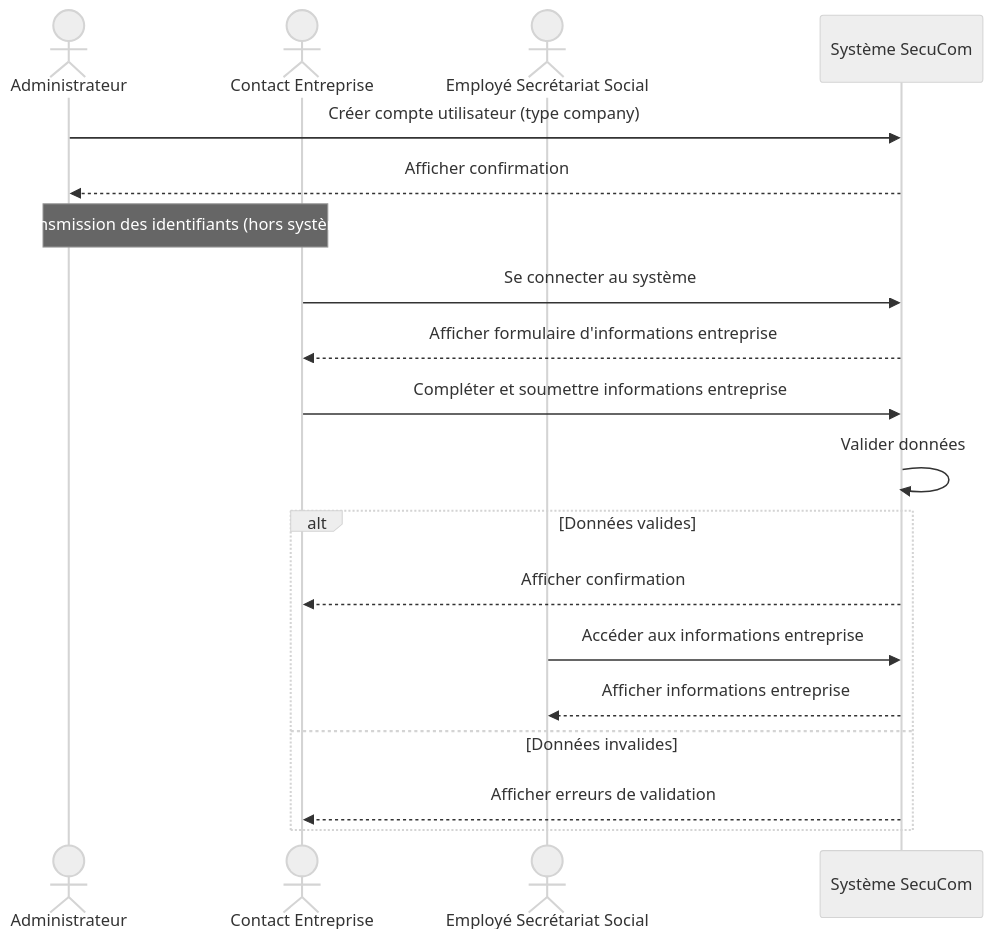
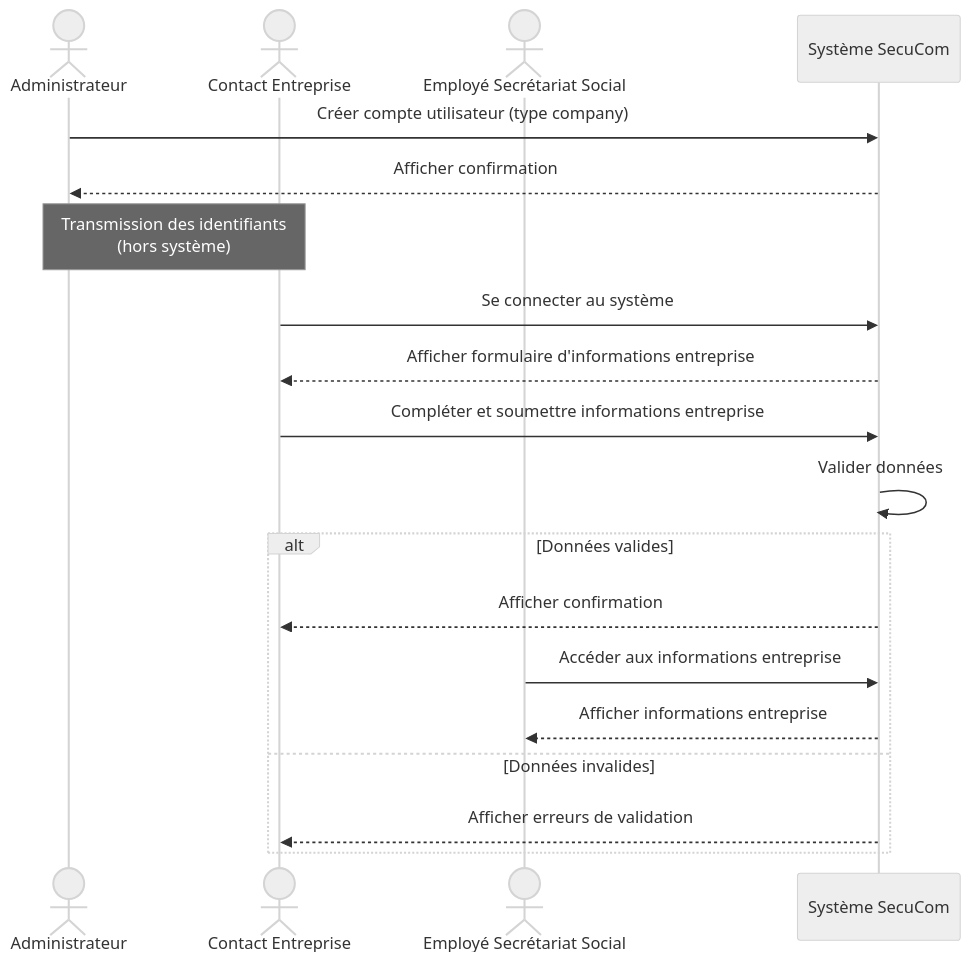
The fourth of 6 diagrams in diagrammes_mermaid.md (Medinhoo/SecuCom_BACKEND), drawn with Mermaid (neutral theme) before and after one commit. The commit also changed 12 other files, not shown here.

````diff
--- a/diagrammes_mermaid.md
+++ b/diagrammes_mermaid.md
@@ -410,25 +410,25 @@
 ```mermaid
 sequenceDiagram
     actor Admin as Administrateur
     actor CC as Contact Entreprise
     actor ESS as Employé Secrétariat Social
     participant Sys as Système SecuCom
     
     Admin->>Sys: Créer compte utilisateur (type company)
     Sys-->>Admin: Afficher confirmation
     
-    Note over Admin,CC: Transmission des identifiants (hors système)
+    Note over Admin,CC: Transmission des identifiants<br/>(hors système)
     
     CC->>Sys: Se connecter au système
     Sys-->>CC: Afficher formulaire d'informations entreprise
     CC->>Sys: Compléter et soumettre informations entreprise
     Sys->>Sys: Valider données
     
     alt Données valides
         Sys-->>CC: Afficher confirmation
         ESS->>Sys: Accéder aux informations entreprise
         Sys-->>ESS: Afficher informations entreprise
     else Données invalides
         Sys-->>CC: Afficher erreurs de validation
     end
 ```
````
